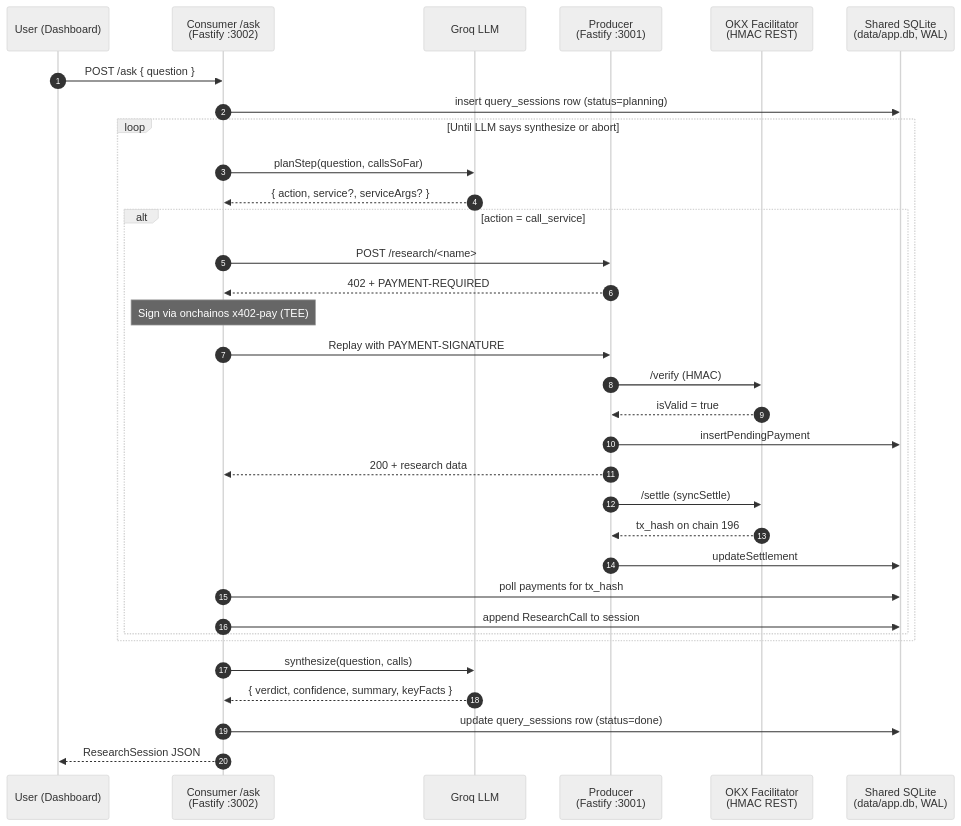
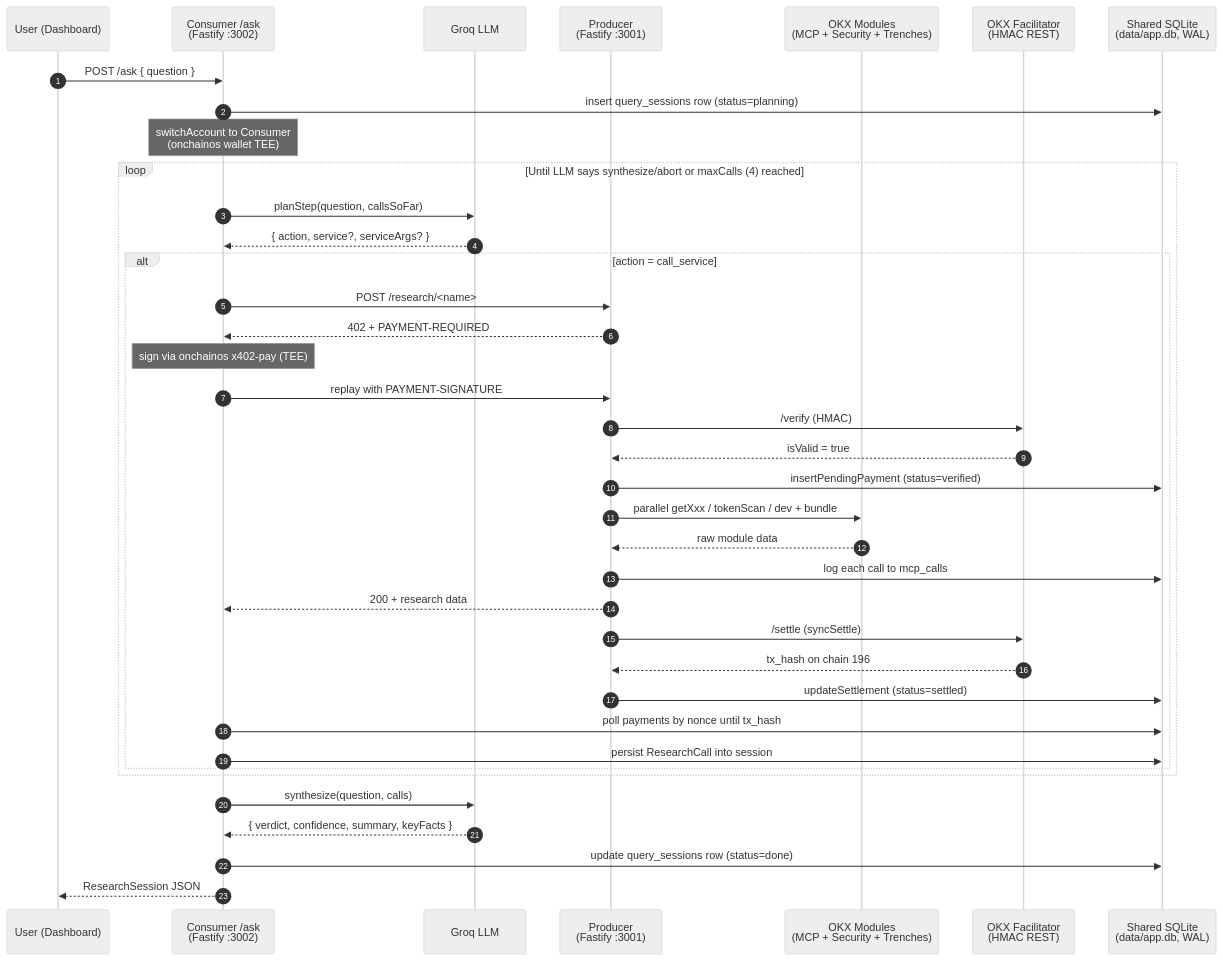
The diagram in README.md (jordi-stack/celina-x402), drawn with Mermaid (neutral theme) before and after one commit. The commit also changed other lines of this file, not shown here.

````diff
--- a/README.md
+++ b/README.md
@@ -28,36 +28,41 @@
 ```mermaid
 sequenceDiagram
     autonumber
     participant U as User (Dashboard)
     participant C as Consumer /ask<br/>(Fastify :3002)
     participant G as Groq LLM
     participant P as Producer<br/>(Fastify :3001)
+    participant M as OKX Modules<br/>(MCP + Security + Trenches)
     participant F as OKX Facilitator<br/>(HMAC REST)
     participant DB as Shared SQLite<br/>(data/app.db, WAL)
 
     U->>C: POST /ask { question }
     C->>DB: insert query_sessions row (status=planning)
-    loop Until LLM says synthesize or abort
+    Note over C: switchAccount to Consumer<br/>(onchainos wallet TEE)
+    loop Until LLM says synthesize/abort or maxCalls (4) reached
         C->>G: planStep(question, callsSoFar)
         G-->>C: { action, service?, serviceArgs? }
         alt action = call_service
             C->>P: POST /research/<name>
             P-->>C: 402 + PAYMENT-REQUIRED
-            Note over C: Sign via onchainos x402-pay (TEE)
-            C->>P: Replay with PAYMENT-SIGNATURE
+            Note over C: sign via onchainos x402-pay (TEE)
+            C->>P: replay with PAYMENT-SIGNATURE
             P->>F: /verify (HMAC)
             F-->>P: isValid = true
-            P->>DB: insertPendingPayment
+            P->>DB: insertPendingPayment (status=verified)
+            P->>M: parallel getXxx / tokenScan / dev + bundle
+            M-->>P: raw module data
+            P->>DB: log each call to mcp_calls
             P-->>C: 200 + research data
             P->>F: /settle (syncSettle)
             F-->>P: tx_hash on chain 196
-            P->>DB: updateSettlement
-            C->>DB: poll payments for tx_hash
-            C->>DB: append ResearchCall to session
+            P->>DB: updateSettlement (status=settled)
+            C->>DB: poll payments by nonce until tx_hash
+            C->>DB: persist ResearchCall into session
         end
     end
     C->>G: synthesize(question, calls)
     G-->>C: { verdict, confidence, summary, keyFacts }
     C->>DB: update query_sessions row (status=done)
     C-->>U: ResearchSession JSON
 ```
````
